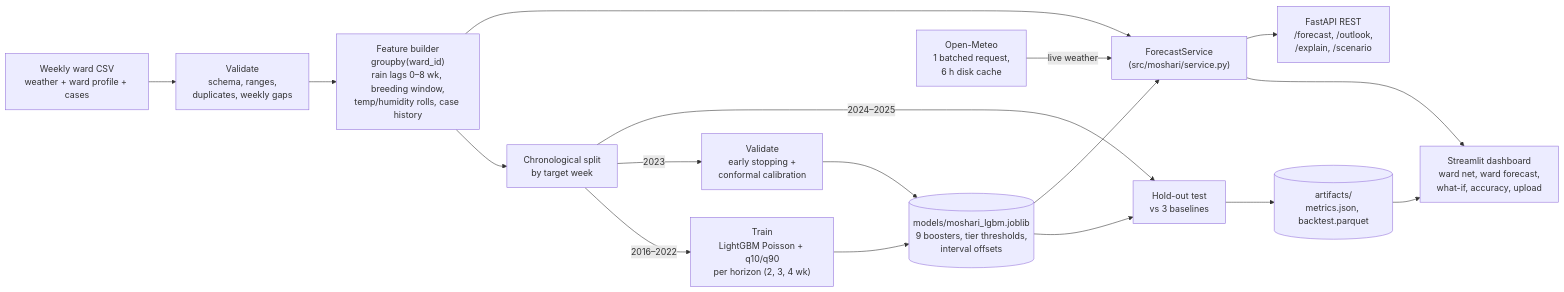
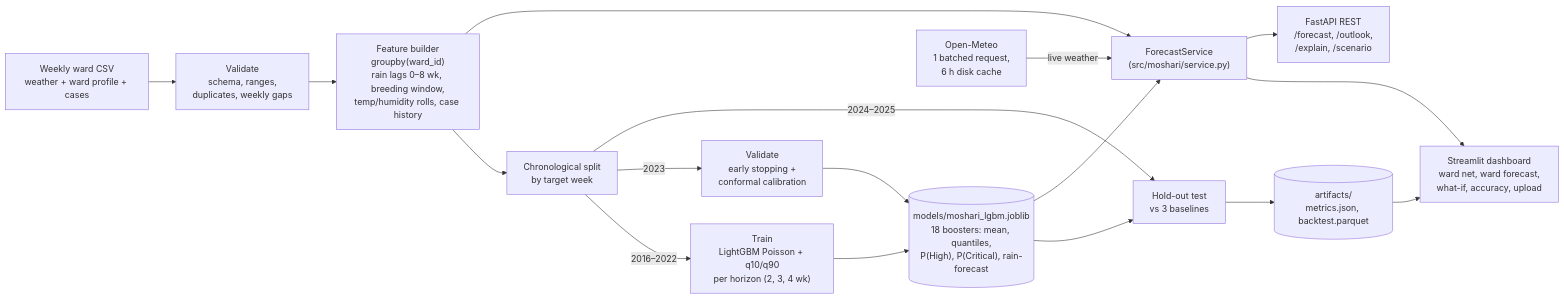
The diagram in ARCHITECTURE.md (yasinDoc/moshari), drawn with Mermaid before and after one commit. The commit also changed other lines of this file and 24 other files, not shown here.

First line of the commit message:
Fix model weaknesses: outbreak probability, rain-forecast models, live nowcast

````diff
--- a/ARCHITECTURE.md
+++ b/ARCHITECTURE.md
@@ -7,18 +7,18 @@
 ```mermaid
 flowchart LR
     A["Weekly ward CSV<br/>weather + ward profile + cases"] --> B["Validate<br/>schema, ranges,<br/>duplicates, weekly gaps"]
     B --> C["Feature builder<br/>groupby(ward_id)<br/>rain lags 0–8 wk, breeding window,<br/>temp/humidity rolls, case history"]
     C --> D["Chronological split<br/>by target week"]
     D -->|"2016–2022"| E["Train<br/>LightGBM Poisson + q10/q90<br/>per horizon (2, 3, 4 wk)"]
     D -->|"2023"| F["Validate<br/>early stopping +<br/>conformal calibration"]
-    E --> G[("models/moshari_lgbm.joblib<br/>9 boosters, tier thresholds,<br/>interval offsets")]
+    E --> G[("models/moshari_lgbm.joblib<br/>18 boosters: mean, quantiles,<br/>P(High), P(Critical), rain-forecast")]
     F --> G
     D -->|"2024–2025"| H["Hold-out test<br/>vs 3 baselines"]
     G --> H --> I[("artifacts/<br/>metrics.json, backtest.parquet")]
     G --> J["ForecastService<br/>(src/moshari/service.py)"]
     C --> J
     J --> K["Streamlit dashboard<br/>ward net, ward forecast,<br/>what-if, accuracy, upload"]
     J --> L["FastAPI REST<br/>/forecast, /outlook,<br/>/explain, /scenario"]
     M["Open-Meteo<br/>1 batched request,<br/>6 h disk cache"] -->|"live weather"| J
     I --> K
 ```
````
